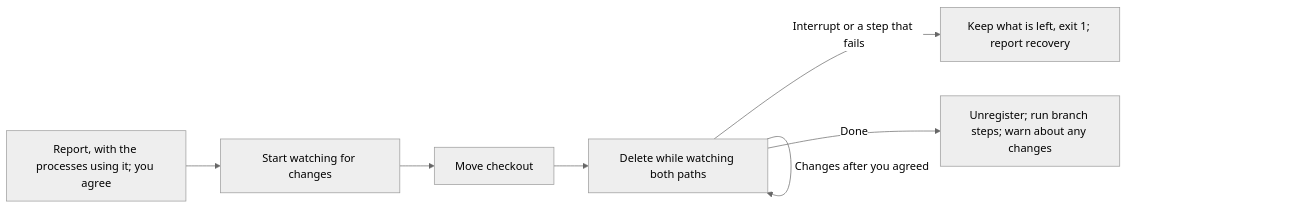
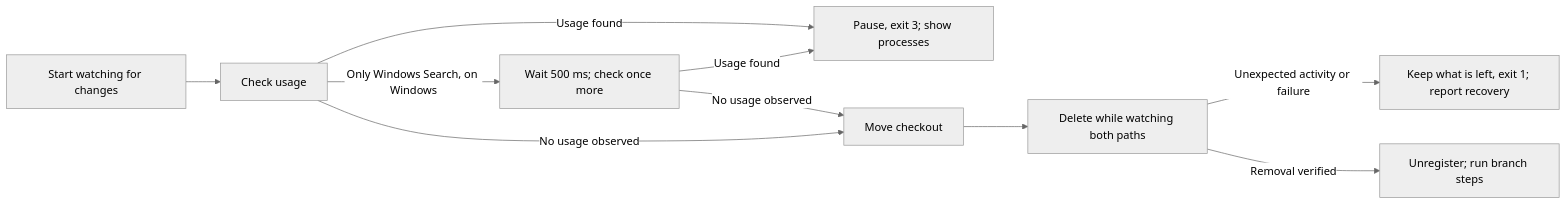
The second of 5 diagrams in worktree/docs/cli/remove.md (yankeeinlondon/rusty-biscuit), drawn with Mermaid (neutral theme) before and after one commit. The commit also changed other lines of this file and 90 other files, not shown here.

````diff
--- a/worktree/docs/cli/remove.md
+++ b/worktree/docs/cli/remove.md
@@ -209,9 +189,12 @@
 ```mermaid
 flowchart LR
-    Q[Report, with the processes using it; you agree] --> W[Start watching for changes]
-    W --> C[Move checkout]
+    W[Start watching for changes] --> A[Check usage]
+    A -->|Usage found| B[Pause, exit 3; show processes]
+    A -->|Only Windows Search, on Windows| R[Wait 500 ms; check once more]
+    R -->|Usage found| B
+    R -->|No usage observed| C
+    A -->|No usage observed| C[Move checkout]
     C --> D[Delete while watching both paths]
-    D -->|Changes after you agreed| D
-    D -->|Interrupt or a step that fails| E[Keep what is left, exit 1; report recovery]
-    D -->|Done| F[Unregister; run branch steps; warn about any changes]
+    D -->|Unexpected activity or failure| E[Keep what is left, exit 1; report recovery]
+    D -->|Removal verified| F[Unregister; run branch steps]
 ```
````
